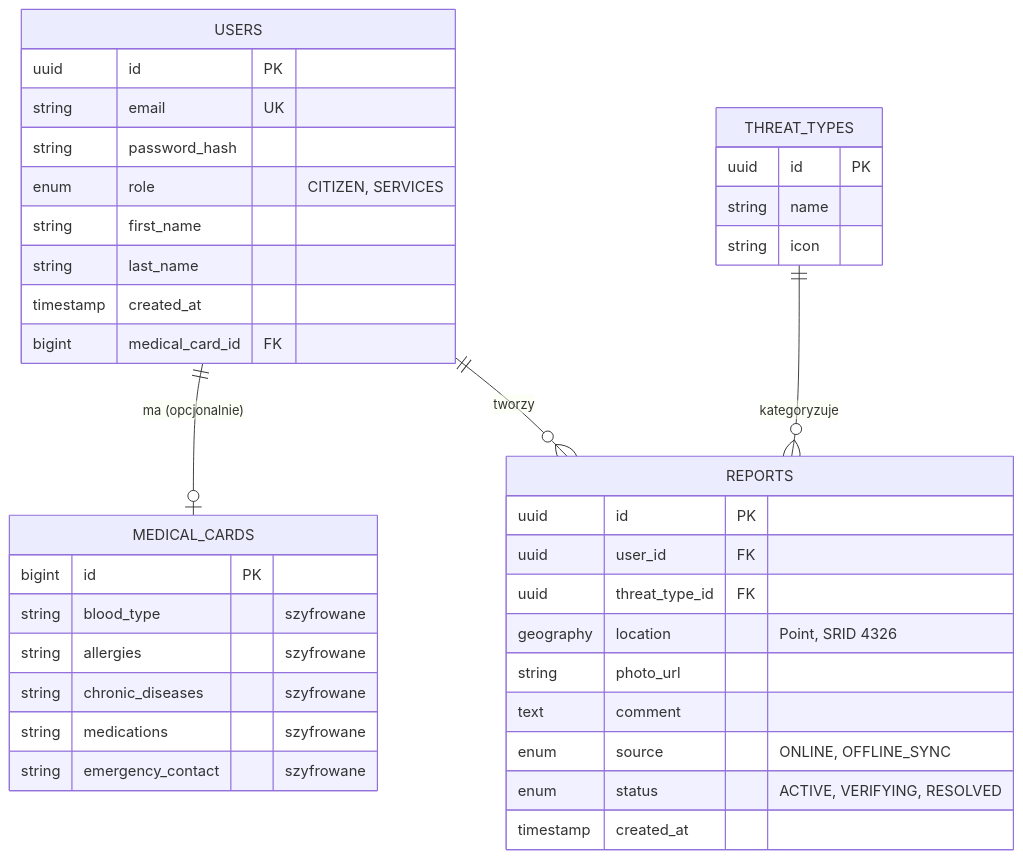
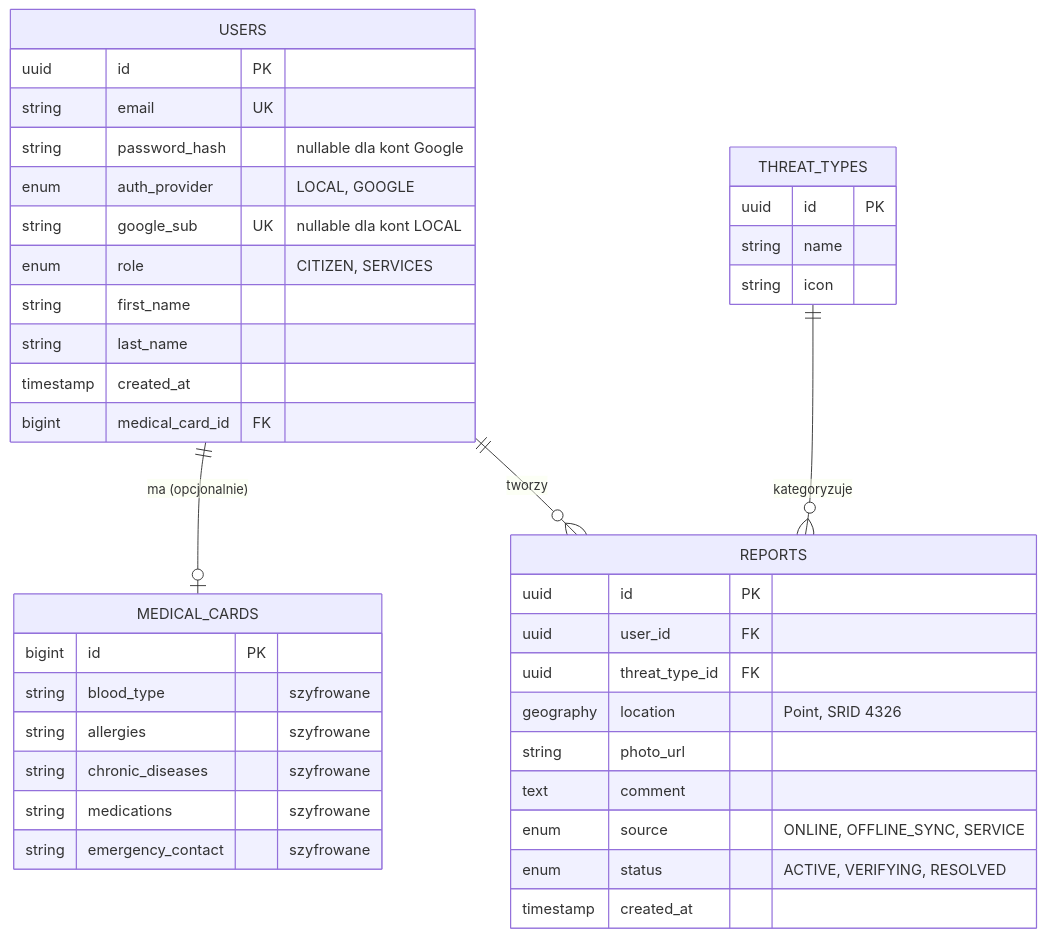
One commit to kjanoska5/CrisisManagement-Backend changed the first of 2 diagrams in docs/database-schema.md. Above: the diagram before and after it, drawn with Mermaid. The commit also changed other lines of this file and 12 other files, not shown here.

Commit message:
wdrożenie migracji Flyway, aktualizacja schematu dla uwierzytelniania Google i dodanie mavena

````diff
--- a/docs/database-schema.md
+++ b/docs/database-schema.md
@@ -14,44 +14,46 @@
 ```mermaid
 erDiagram
     USERS ||--o| MEDICAL_CARDS : "ma (opcjonalnie)"
     USERS ||--o{ REPORTS : tworzy
     THREAT_TYPES ||--o{ REPORTS : kategoryzuje
 
     USERS {
         uuid id PK
         string email UK
-        string password_hash
+        string password_hash "nullable dla kont Google"
+        enum auth_provider "LOCAL, GOOGLE"
+        string google_sub UK "nullable dla kont LOCAL"
         enum role "CITIZEN, SERVICES"
         string first_name
         string last_name
         timestamp created_at
         bigint medical_card_id FK
     }
 
     MEDICAL_CARDS {
         bigint id PK
         string blood_type "szyfrowane"
         string allergies "szyfrowane"
         string chronic_diseases "szyfrowane"
         string medications "szyfrowane"
         string emergency_contact "szyfrowane"
     }
 
     THREAT_TYPES {
         uuid id PK
         string name
         string icon
     }
 
     REPORTS {
         uuid id PK
         uuid user_id FK
         uuid threat_type_id FK
         geography location "Point, SRID 4326"
         string photo_url
         text comment
-        enum source "ONLINE, OFFLINE_SYNC"
+        enum source "ONLINE, OFFLINE_SYNC, SERVICE"
         enum status "ACTIVE, VERIFYING, RESOLVED"
         timestamp created_at
     }
 ```
````
